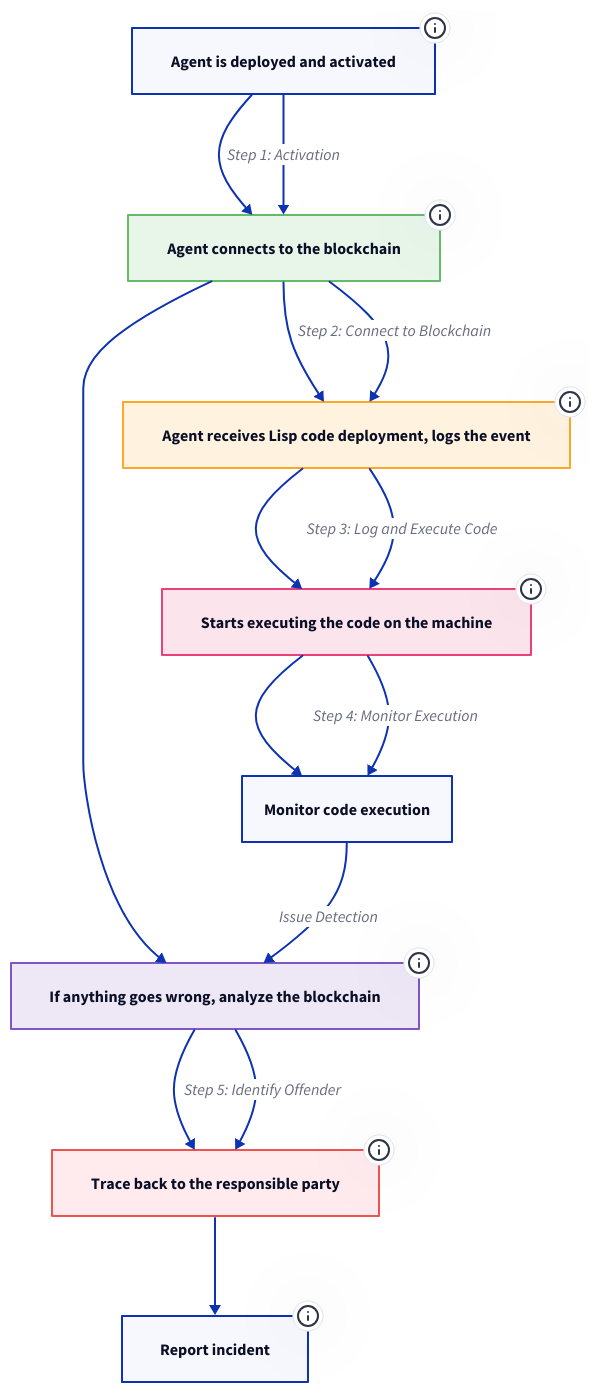
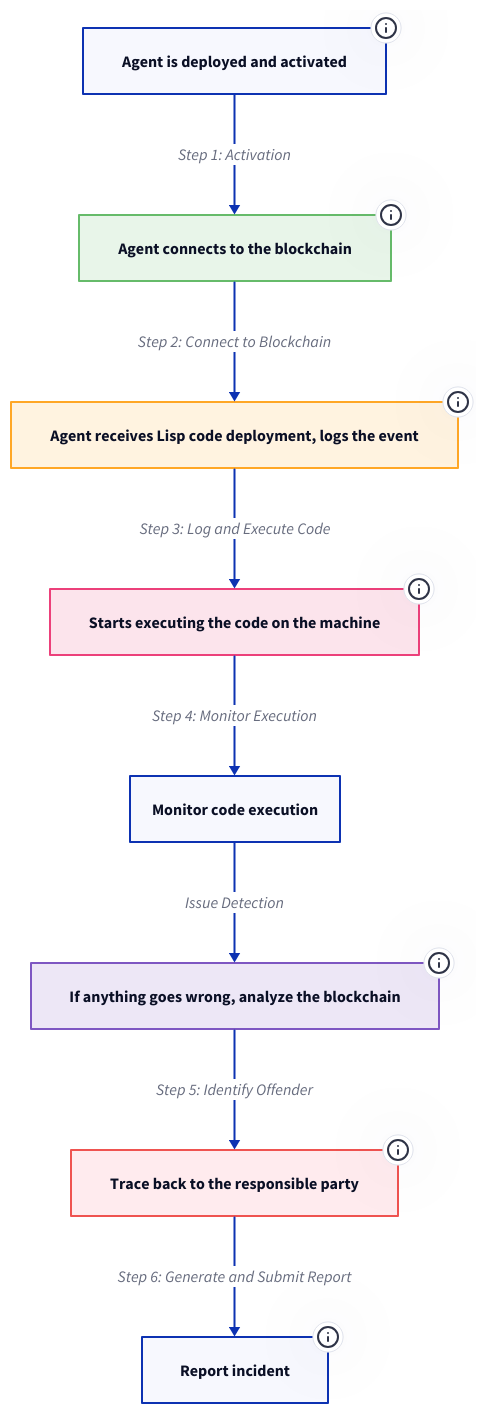
The diagram in meta/workflow.d2 (EGN-Project/lisp-endpoint-agent), drawn with D2 before and after one commit. The commit also changed 1 other file, not shown here.

Commit message:
Remove duplicate connections in workflow, #3

```diff
--- a/meta/workflow.d2
+++ b/meta/workflow.d2
@@ -1,56 +1,53 @@
-# Connections.
-agentActivated -> blockchainConnection -> lispCodeDeployment -> codeExecution -> executionMonitoring
-blockchainConnection -> issueAnalysis -> traceback -> report
-
 # Definition of nodes.
 agentActivated: "Agent is deployed and activated"
 blockchainConnection: "Agent connects to the blockchain"
 lispCodeDeployment: "Agent receives Lisp code deployment, logs the event"
 codeExecution: "Starts executing the code on the machine"
 executionMonitoring: "Monitor code execution"
 issueAnalysis: "If anything goes wrong, analyze the blockchain"
 traceback: "Trace back to the responsible party"
 report: "Report incident"
 
-# Connection labels.
+# Connections + labels.
 agentActivated -> blockchainConnection: "Step 1: Activation"
 blockchainConnection -> lispCodeDeployment: "Step 2: Connect to Blockchain"
 lispCodeDeployment -> codeExecution: "Step 3: Log and Execute Code"
 codeExecution -> executionMonitoring: "Step 4: Monitor Execution"
 executionMonitoring -> issueAnalysis: "Issue Detection"
 issueAnalysis -> traceback: "Step 5: Identify Offender"
+traceback -> report: "Step 6: Generate and Submit Report"
 
 # Tooltips.
 agentActivated: {tooltip: "The agent is deployed on the host and begins its operation."}
 blockchainConnection: {tooltip: "Establishes connection to the private blockchain network."}
 lispCodeDeployment: {tooltip: "Receives and logs the deployment of Lisp code. This might include information about the vendor who deployed the code, time & date, and more."}
 codeExecution: {tooltip: "Executes the deployed Lisp code on the machine."}
 issueAnalysis: {tooltip: "Analyzes the blockchain logs to investigate any issues."}
 traceback: {tooltip: "Identifies the source of the problematic code deployment."}
 report: {tooltip: "Generate report and submit to appropriate party (e.g. via e-mail, webhook, etc.)"}
 
 # Styling.
 blockchainConnection.style: {
   fill: "#e8f5e9"
   stroke: "#66bb6a"
 }
 
 lispCodeDeployment.style: {
   fill: "#fff3e0"
   stroke: "#ffa726"
 }
 
 codeExecution.style: {
   fill: "#fce4ec"
   stroke: "#ec407a"
 }
 
 issueAnalysis.style: {
   fill: "#ede7f6"
   stroke: "#7e57c2"
 }
 
 traceback.style: {
   fill: "#ffebee"
   stroke: "#ef5350"
 }
```
